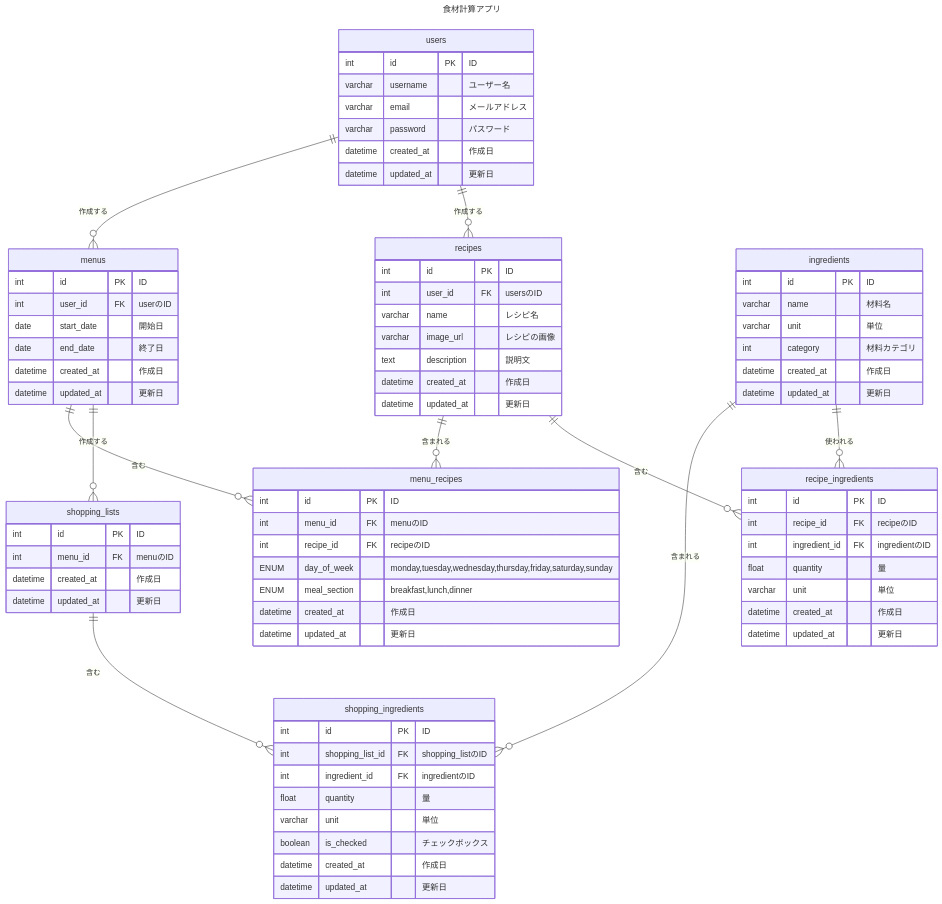
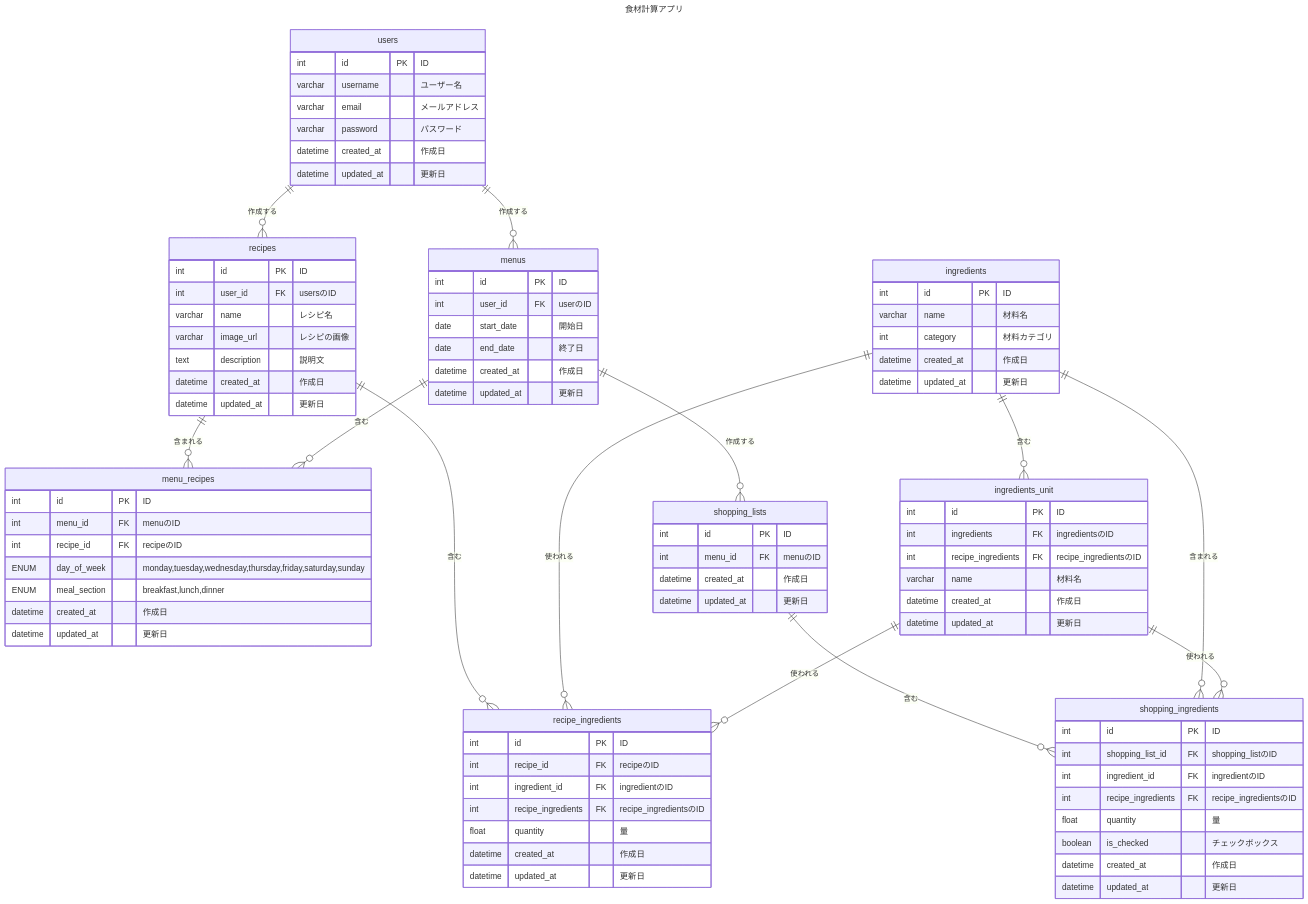
The diagram in backend/docs/er.md (Syumai3/recipe-shopper-app), drawn with Mermaid before and after one commit.

Commit message:
単位を別テーブルに切り出す

```diff
--- a/backend/docs/er.md
+++ b/backend/docs/er.md
@@ -15,6 +15,9 @@
     menus  ||--o{ menu_recipes : "含む"
     shopping_lists  ||--o{ shopping_ingredients : "含む"
     ingredients ||--o{ shopping_ingredients : "含まれる"
+    ingredients ||--o{ ingredients_unit : "含む"
+    ingredients_unit ||--o{ shopping_ingredients : "使われる"
+    ingredients_unit ||--o{ recipe_ingredients : "使われる"
 
 
     users {
@@ -41,8 +44,8 @@
         int id PK "ID"
         int recipe_id FK "recipeのID"
         int ingredient_id FK "ingredientのID"
+        int recipe_ingredients FK "recipe_ingredientsのID"
         float quantity "量"
-        varchar unit "単位"
         datetime created_at "作成日"
         datetime updated_at "更新日"
     }
@@ -50,8 +53,16 @@
     ingredients {
         int id PK "ID"
         varchar name "材料名"
-        varchar unit "単位"
         int category "材料カテゴリ"
+        datetime created_at "作成日"
+        datetime updated_at "更新日"
+    }
+
+     ingredients_unit {
+        int id PK "ID"
+        int ingredients FK "ingredientsのID"
+        int recipe_ingredients FK "recipe_ingredientsのID"
+        varchar name "材料名"
         datetime created_at "作成日"
         datetime updated_at "更新日"
     }
@@ -86,8 +97,8 @@
         int id PK "ID"
         int shopping_list_id FK "shopping_listのID"
         int ingredient_id FK "ingredientのID"
+        int recipe_ingredients FK "recipe_ingredientsのID"
         float quantity "量"
-        varchar unit "単位"
         boolean is_checked "チェックボックス"
         datetime created_at "作成日"
         datetime updated_at "更新日"
```
